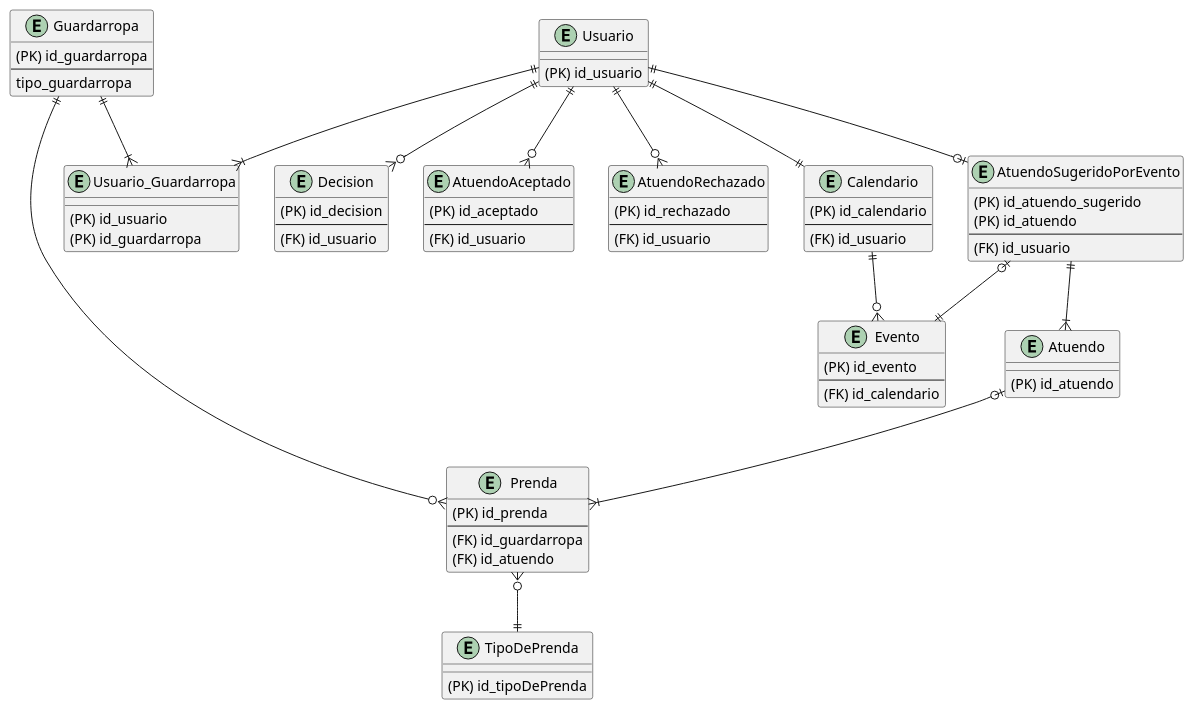
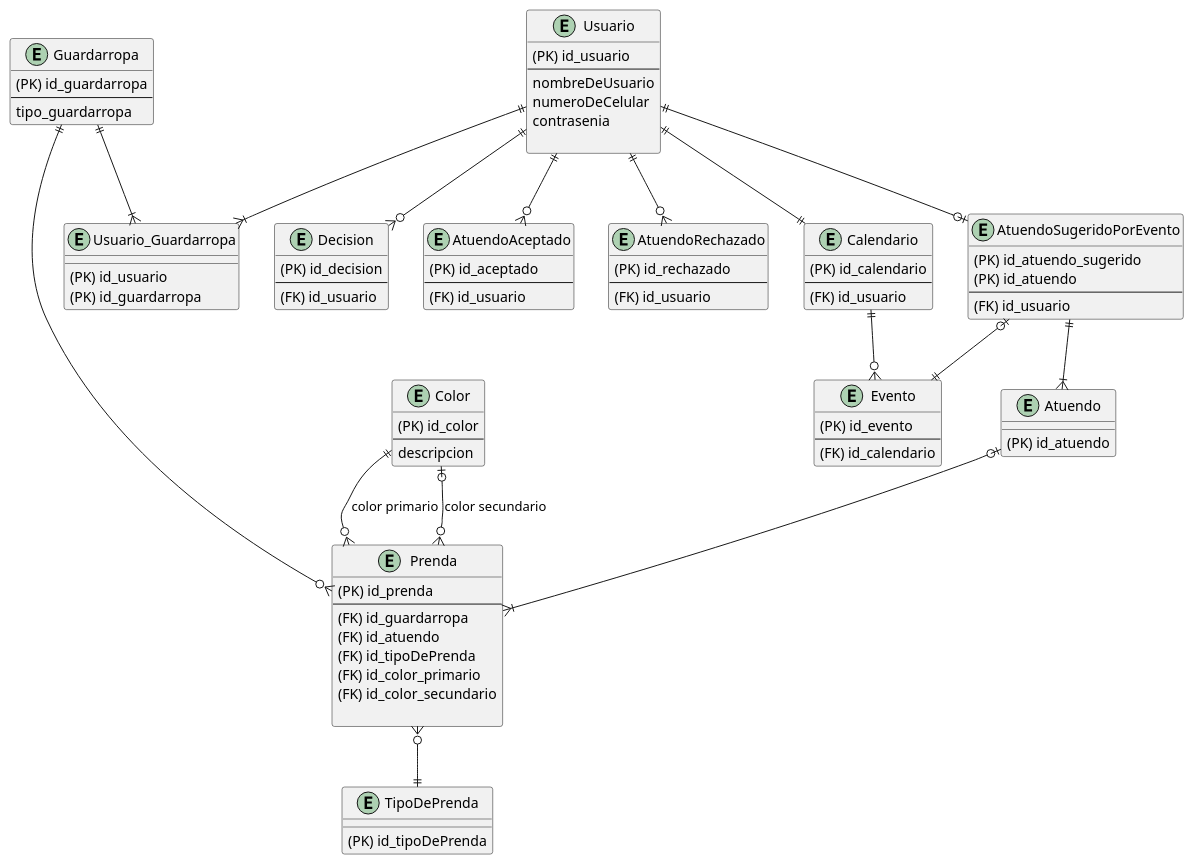
One commit to mposru/tpDDS-2019-QueMePongo changed the diagram in DER.md. Above: the diagram before and after it, drawn with PlantUML. The commit also changed 21 other files, not shown here.

```diff
--- a/DER.md
+++ b/DER.md
@@ -11,10 +11,24 @@
 --
 (FK) id_guardarropa
 (FK) id_atuendo
+(FK) id_tipoDePrenda
+(FK) id_color_primario
+(FK) id_color_secundario
+
+}
+
+entity Color {
+  (PK) id_color
+  --
+  descripcion
 }
 
 entity Usuario {
 (PK) id_usuario
+--
+  nombreDeUsuario
+  numeroDeCelular
+  contrasenia
 
 }
 entity Usuario_Guardarropa {
@@ -81,5 +95,7 @@
 AtuendoSugeridoPorEvento ||--|{ Atuendo
 Usuario ||--o| AtuendoSugeridoPorEvento
 AtuendoSugeridoPorEvento |o--|| Evento
+Color ||--o{ Prenda: "color primario"
+Color |o--o{ Prenda: "color secundario"
 
 @enduml
```
